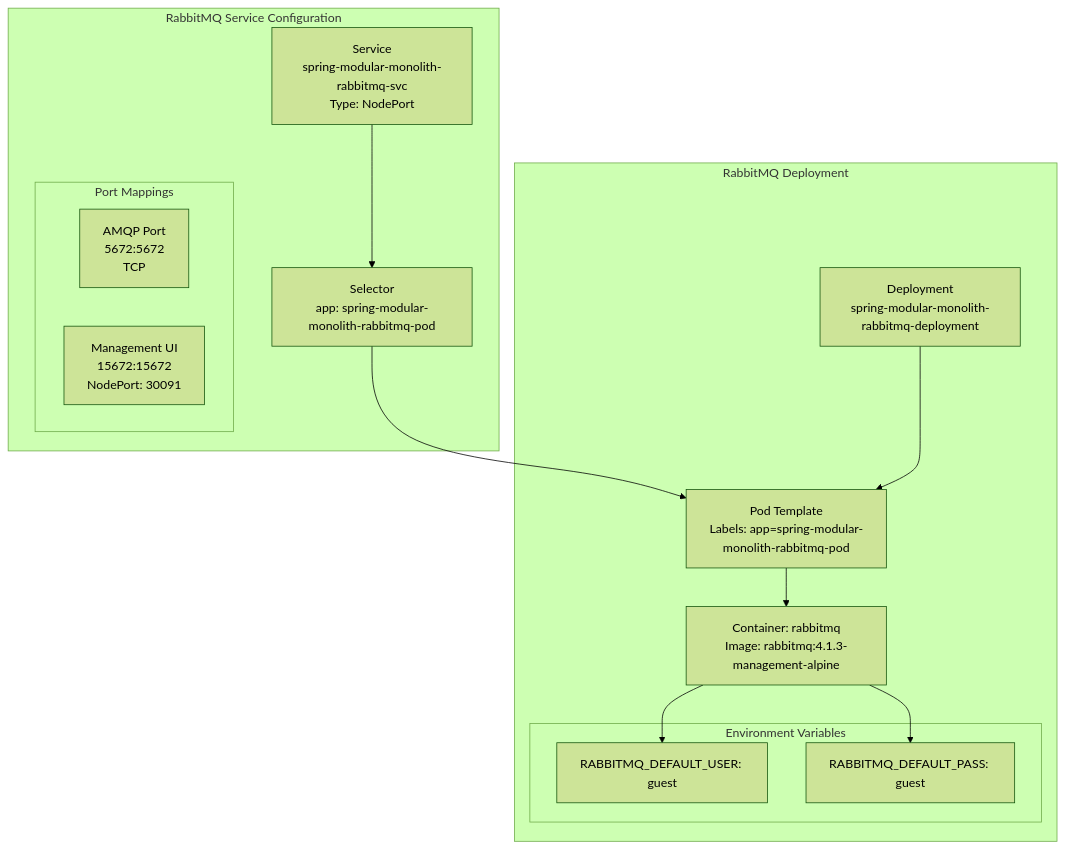
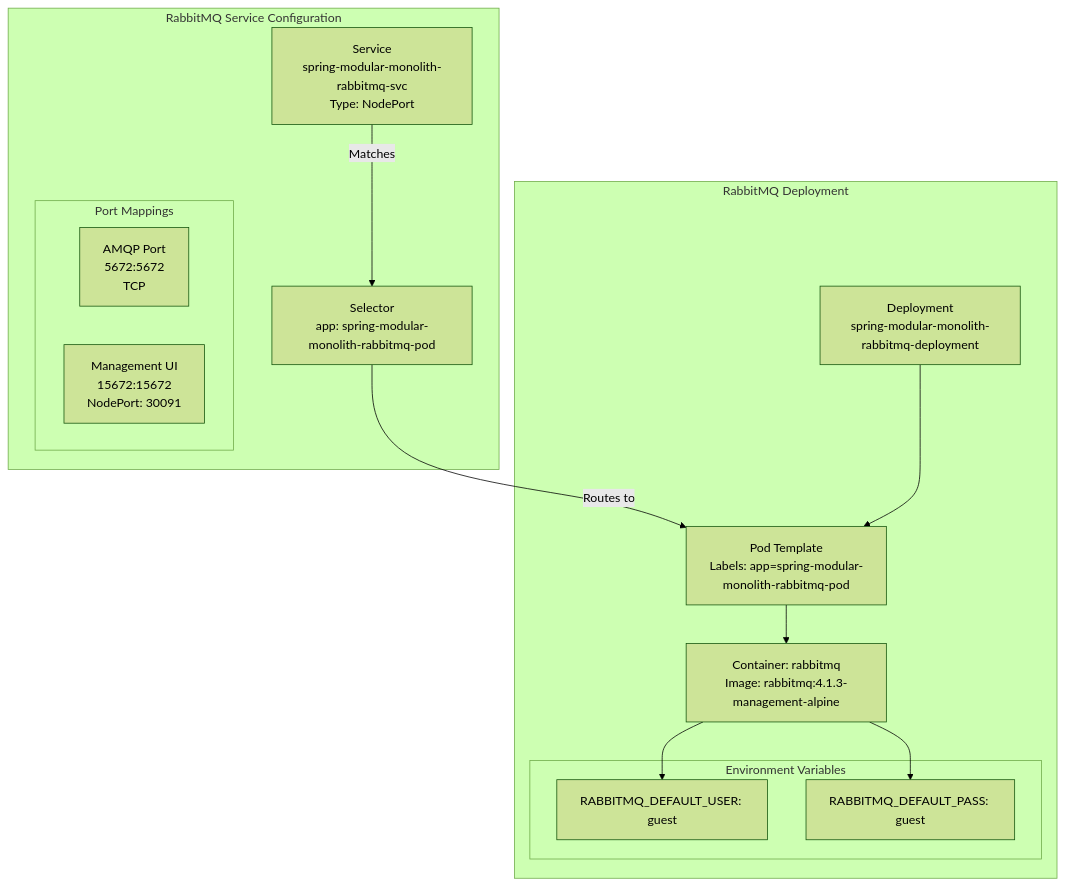
The fourth of 5 diagrams in docs/deepwiki/Kubernetes-Deployment-with-Kind.md (philipz/spring-modular-monolith), drawn with Mermaid (forest theme) before and after one commit. The commit also changed other lines of this file and 55 other files, not shown here.

````diff
--- a/docs/deepwiki/Kubernetes-Deployment-with-Kind.md
+++ b/docs/deepwiki/Kubernetes-Deployment-with-Kind.md
@@ -222,41 +222,41 @@
 ```mermaid
 flowchart TD
 
 AMQPPort["AMQP Port<br>5672:5672<br>TCP"]
 ManagementPort["Management UI<br>15672:15672<br>NodePort: 30091"]
 Service["Service<br>spring-modular-monolith-rabbitmq-svc<br>Type: NodePort"]
 Selector["Selector<br>app: spring-modular-monolith-rabbitmq-pod"]
 Deployment["Deployment<br>spring-modular-monolith-rabbitmq-deployment"]
 PodTemplate["Pod Template<br>Labels: app=spring-modular-monolith-rabbitmq-pod"]
 Container["Container: rabbitmq<br>Image: rabbitmq:4.1.3-management-alpine"]
 User["RABBITMQ_DEFAULT_USER: guest"]
 Pass["RABBITMQ_DEFAULT_PASS: guest"]
 
-Selector --> PodTemplate
+Selector -->|"Routes to"| PodTemplate
 
 subgraph subGraph3 ["RabbitMQ Deployment"]
     Deployment
     PodTemplate
     Container
     Deployment --> PodTemplate
     PodTemplate --> Container
     Container --> User
     Container --> Pass
 
 subgraph subGraph2 ["Environment Variables"]
     User
     Pass
 end
 end
 
 subgraph subGraph1 ["RabbitMQ Service Configuration"]
     Service
     Selector
-    Service --> Selector
+    Service -->|"Matches"| Selector
 
 subgraph subGraph0 ["Port Mappings"]
     AMQPPort
     ManagementPort
 end
 end
 ```
````
